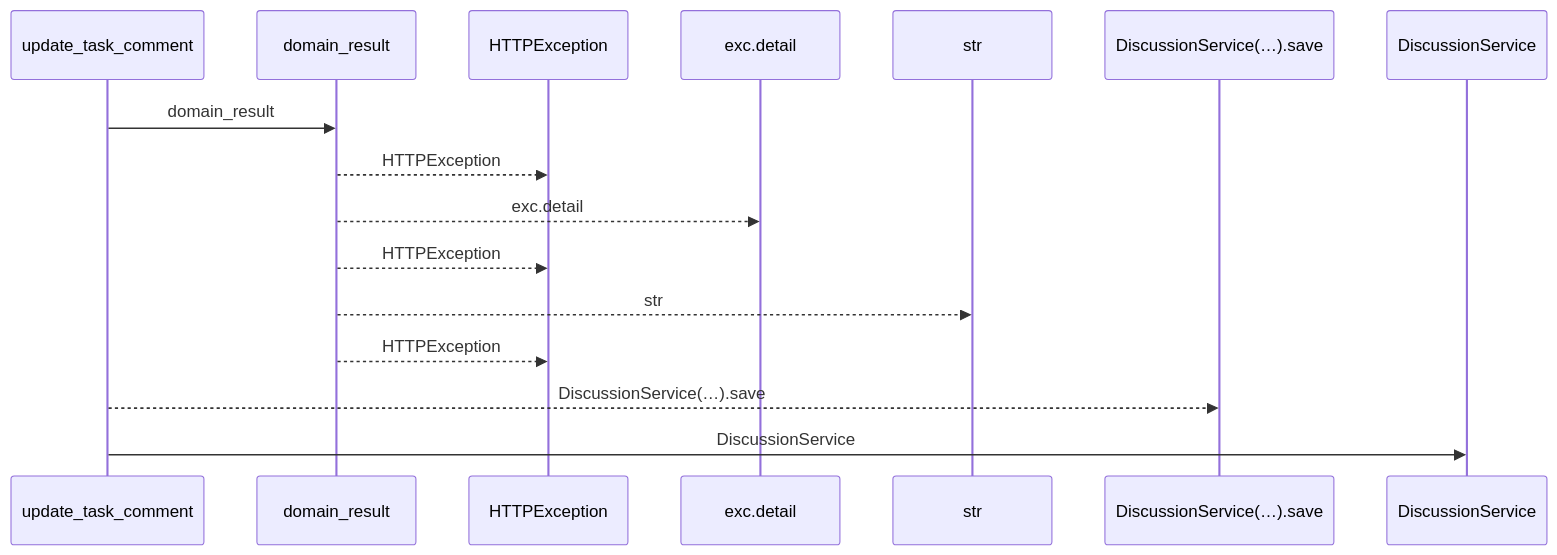
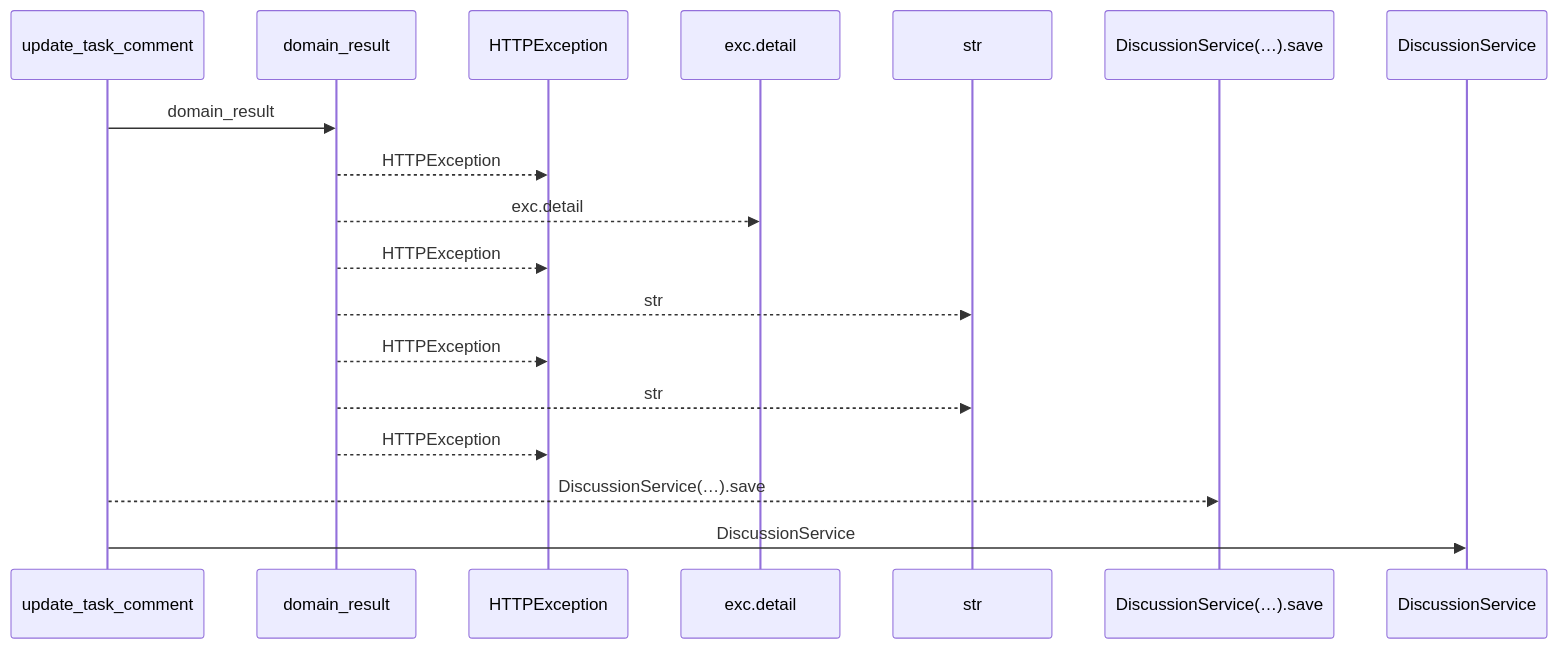
The first of 2 diagrams in docs/llm_wiki/flows/http-update_task_comment.md (Denissvgn/WorkChord), drawn with Mermaid before and after one commit. The commit also changed other lines of this file and 6624 other files, not shown here.

````diff
--- a/docs/llm_wiki/flows/http-update_task_comment.md
+++ b/docs/llm_wiki/flows/http-update_task_comment.md
@@ -10,18 +10,20 @@
 ```mermaid
 sequenceDiagram
     participant p0 as update_task_comment
     participant p1 as domain_result
     participant p2 as HTTPException
     participant p3 as exc.detail
     participant p4 as str
     participant p5 as DiscussionService(…).save
     participant p6 as DiscussionService
     p0->>p1: domain_result
     p1-->>p2: HTTPException
     p1-->>p3: exc.detail
     p1-->>p2: HTTPException
     p1-->>p4: str
     p1-->>p2: HTTPException
+    p1-->>p4: str
+    p1-->>p2: HTTPException
     p0-->>p5: DiscussionService(…).save
     p0->>p6: DiscussionService
 ```
````
